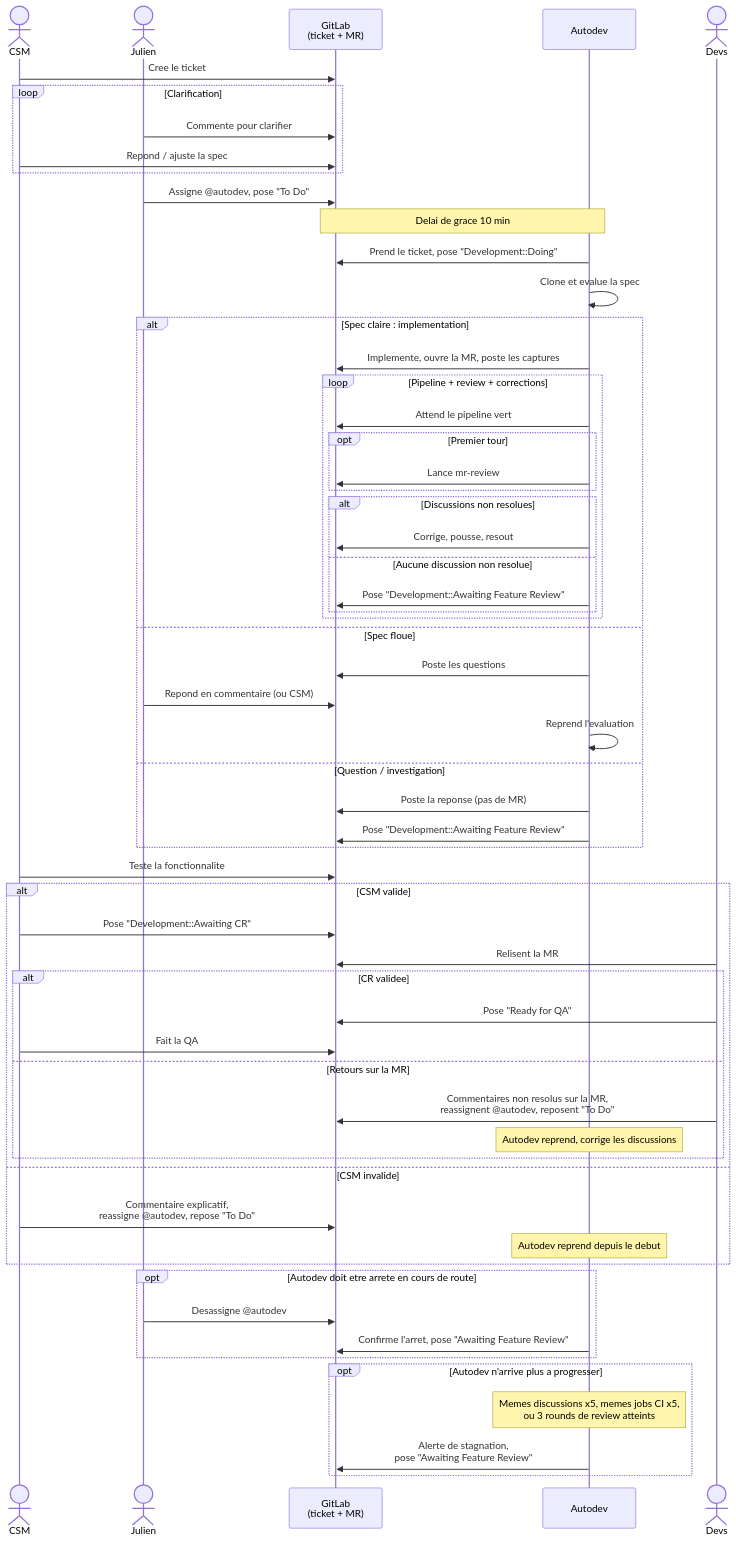
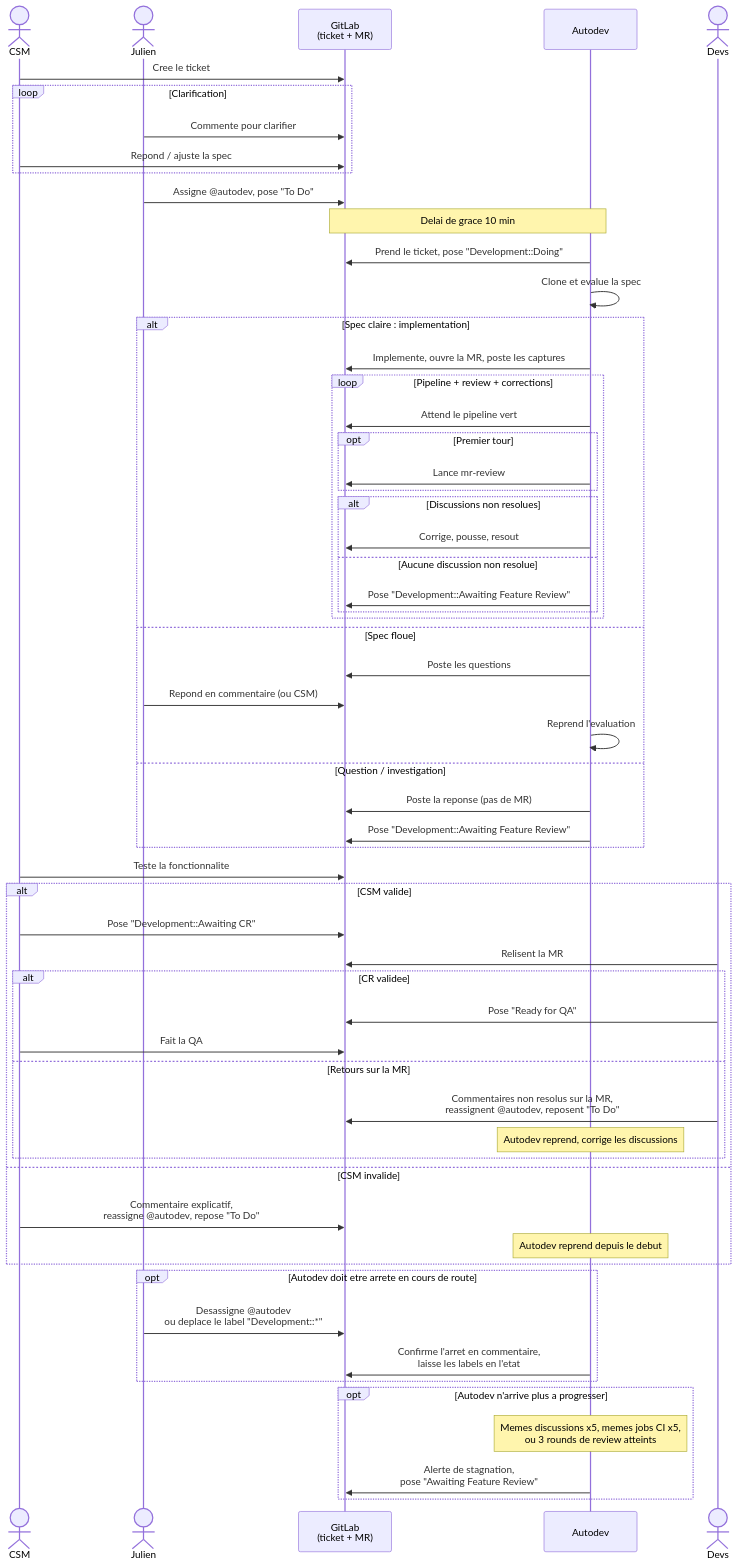
Before and after one commit to moduloTech/autodev: the diagram in docs/powerpanne-lifecycle.md, drawn with Mermaid. The commit also changed other lines of this file and 3 other files, not shown here.

First line of the commit message:
docs: record the label handover and the unassignment closure (Autodev #52)

````diff
--- a/docs/powerpanne-lifecycle.md
+++ b/docs/powerpanne-lifecycle.md
@@ -160,67 +169,67 @@
 ```{.mermaid format=svg}
 sequenceDiagram
     actor CSM
     actor Julien
     participant GL as GitLab<br/>(ticket + MR)
     participant AD as Autodev
     actor Devs
 
     CSM->>GL: Cree le ticket
     loop Clarification
         Julien->>GL: Commente pour clarifier
         CSM->>GL: Repond / ajuste la spec
     end
     Julien->>GL: Assigne @autodev, pose "To Do"
 
     Note over GL,AD: Delai de grace 10 min
     AD->>GL: Prend le ticket, pose "Development::Doing"
     AD->>AD: Clone et evalue la spec
 
     alt Spec claire : implementation
         AD->>GL: Implemente, ouvre la MR, poste les captures
         loop Pipeline + review + corrections
             AD->>GL: Attend le pipeline vert
             opt Premier tour
                 AD->>GL: Lance mr-review
             end
             alt Discussions non resolues
                 AD->>GL: Corrige, pousse, resout
             else Aucune discussion non resolue
                 AD->>GL: Pose "Development::Awaiting Feature Review"
             end
         end
     else Spec floue
         AD->>GL: Poste les questions
         Julien->>GL: Repond en commentaire (ou CSM)
         AD->>AD: Reprend l'evaluation
     else Question / investigation
         AD->>GL: Poste la reponse (pas de MR)
         AD->>GL: Pose "Development::Awaiting Feature Review"
     end
 
     CSM->>GL: Teste la fonctionnalite
     alt CSM valide
         CSM->>GL: Pose "Development::Awaiting CR"
         Devs->>GL: Relisent la MR
         alt CR validee
             Devs->>GL: Pose "Ready for QA"
             CSM->>GL: Fait la QA
         else Retours sur la MR
             Devs->>GL: Commentaires non resolus sur la MR,<br/>reassignent @autodev, reposent "To Do"
             Note over AD: Autodev reprend, corrige les discussions
         end
     else CSM invalide
         CSM->>GL: Commentaire explicatif,<br/>reassigne @autodev, repose "To Do"
         Note over AD: Autodev reprend depuis le debut
     end
 
     opt Autodev doit etre arrete en cours de route
-        Julien->>GL: Desassigne @autodev
-        AD->>GL: Confirme l'arret, pose "Awaiting Feature Review"
+        Julien->>GL: Desassigne @autodev<br/>ou deplace le label "Development::*"
+        AD->>GL: Confirme l'arret en commentaire,<br/>laisse les labels en l'etat
     end
 
     opt Autodev n'arrive plus a progresser
         Note over AD: Memes discussions x5, memes jobs CI x5,<br/>ou 3 rounds de review atteints
         AD->>GL: Alerte de stagnation,<br/>pose "Awaiting Feature Review"
     end
 ```
````
